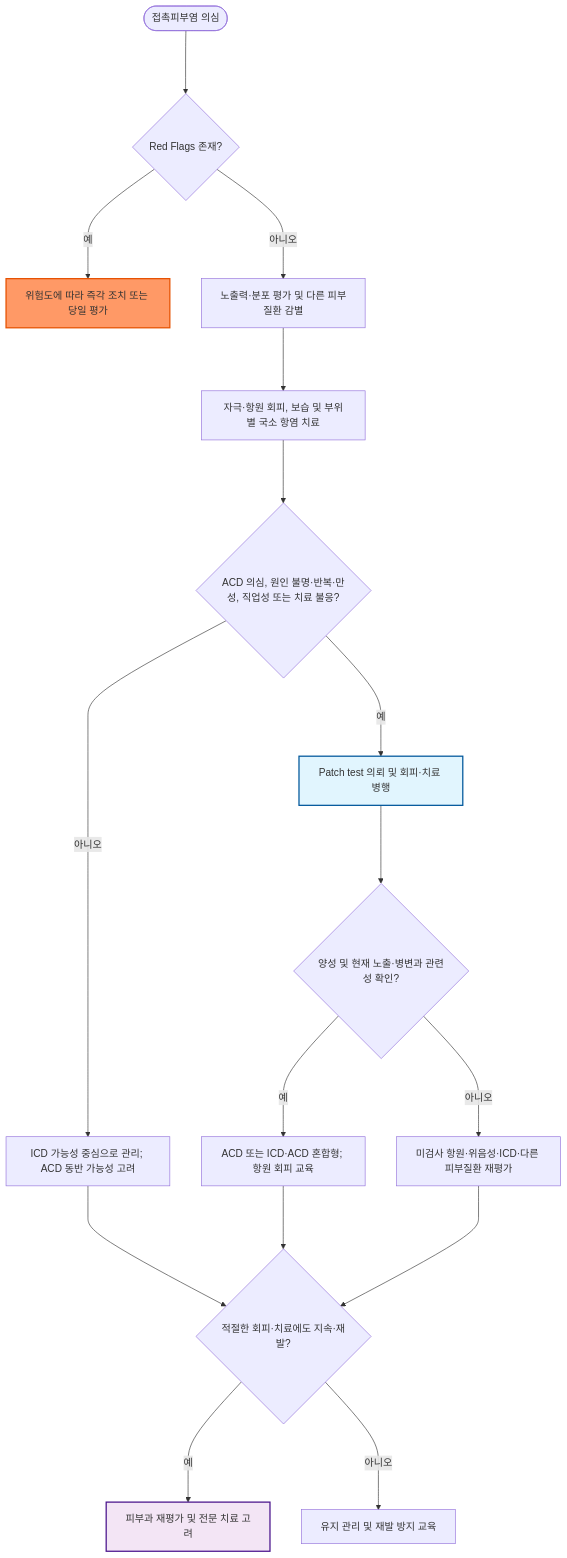
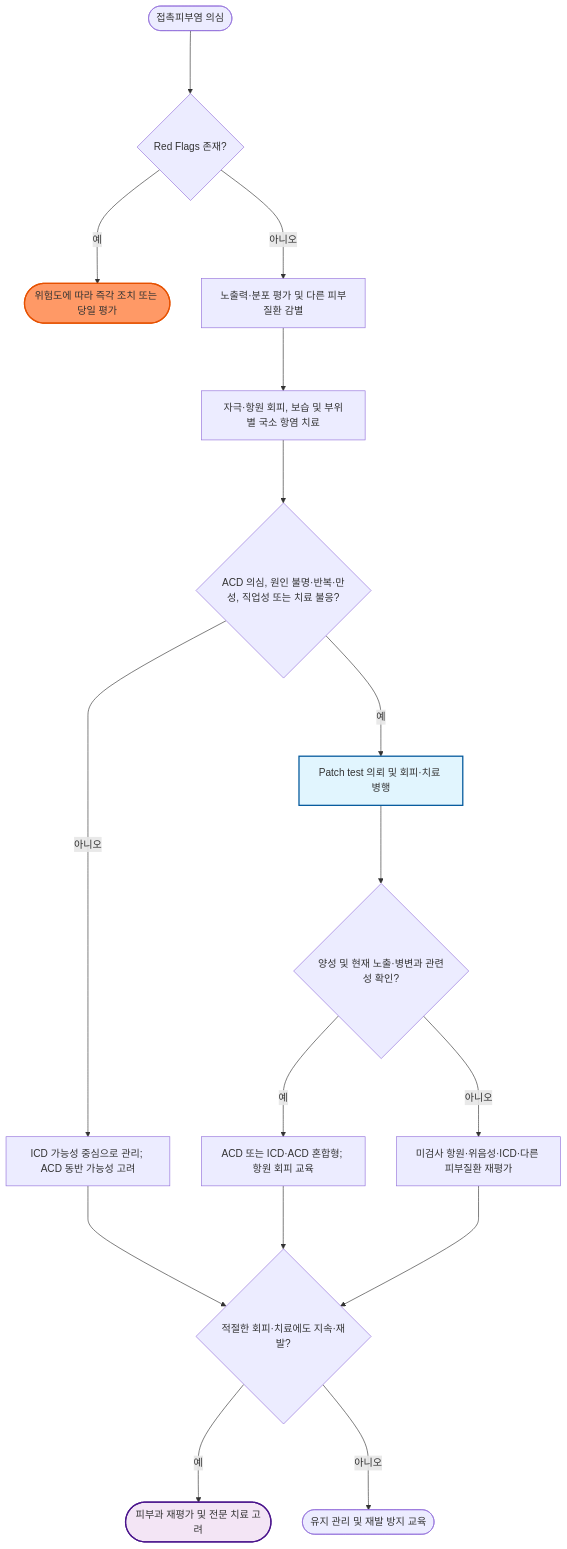
The diagram in 229_/161_-contact-dermatitis.md (familyoh77/familyoh77), drawn with Mermaid before and after one commit. The commit also changed other lines of this file and 20 other files, not shown here.

````diff
--- a/229_/161_-contact-dermatitis.md
+++ b/229_/161_-contact-dermatitis.md
@@ -157,22 +155,22 @@
 ```mermaid
 graph TD
     A(["접촉피부염 의심"]) ---> B{"Red Flags 존재?"}
-    B --->|예| C["위험도에 따라 즉각 조치 또는 당일 평가"]
+    B --->|예| C(["위험도에 따라 즉각 조치 또는 당일 평가"])
     B --->|아니오| D["노출력·분포 평가 및 다른 피부질환 감별"]
     D ---> E["자극·항원 회피, 보습 및 부위별 국소 항염 치료"]
     E ---> F{"ACD 의심, 원인 불명·반복·만성, 직업성 또는 치료 불응?"}
     F --->|예| G["Patch test 의뢰 및 회피·치료 병행"]
     F --->|아니오| H["ICD 가능성 중심으로 관리; ACD 동반 가능성 고려"]
     G ---> I{"양성 및 현재 노출·병변과 관련성 확인?"}
     I --->|예| J["ACD 또는 ICD·ACD 혼합형; 항원 회피 교육"]
     I --->|아니오| K["미검사 항원·위음성·ICD·다른 피부질환 재평가"]
     H ---> L{"적절한 회피·치료에도 지속·재발?"}
     J ---> L
     K ---> L
-    L --->|예| M["피부과 재평가 및 전문 치료 고려"]
-    L --->|아니오| N["유지 관리 및 재발 방지 교육"]
+    L --->|예| M(["피부과 재평가 및 전문 치료 고려"])
+    L --->|아니오| N(["유지 관리 및 재발 방지 교육"])
 
     style C fill:#f96,stroke:#e65100,stroke-width:2px
     style G fill:#e1f5fe,stroke:#01579b,stroke-width:2px
     style M fill:#f3e5f5,stroke:#4a148c,stroke-width:2px
 ```
````
